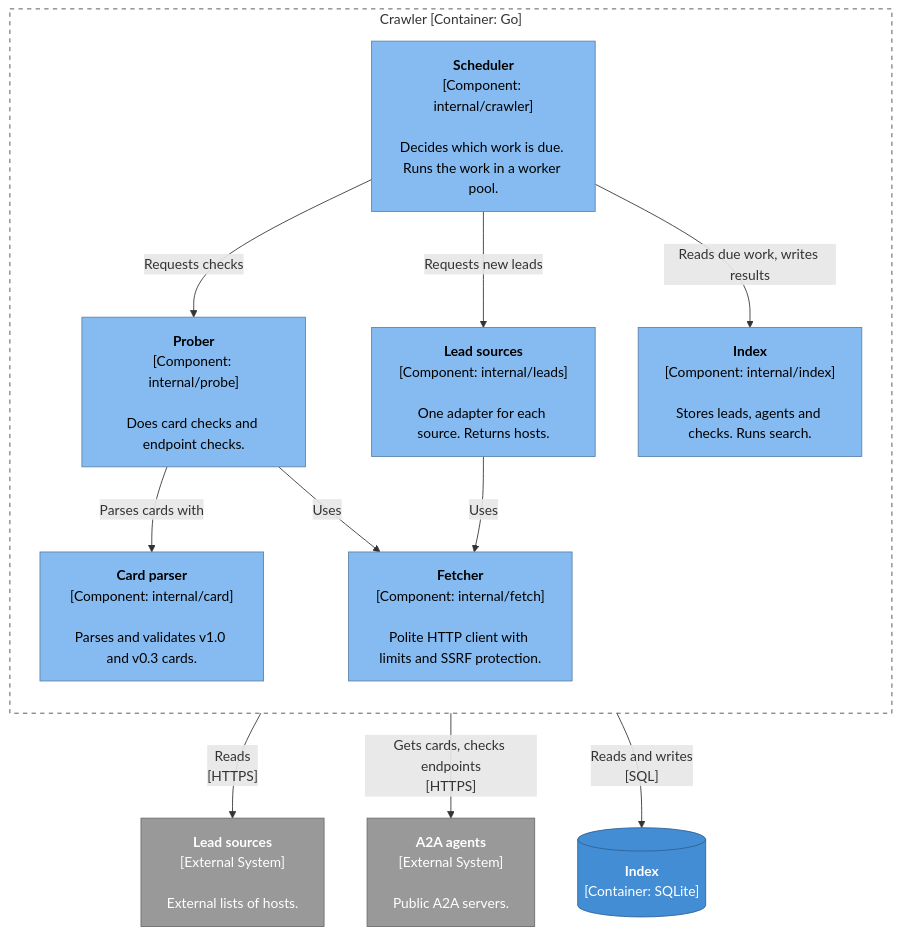
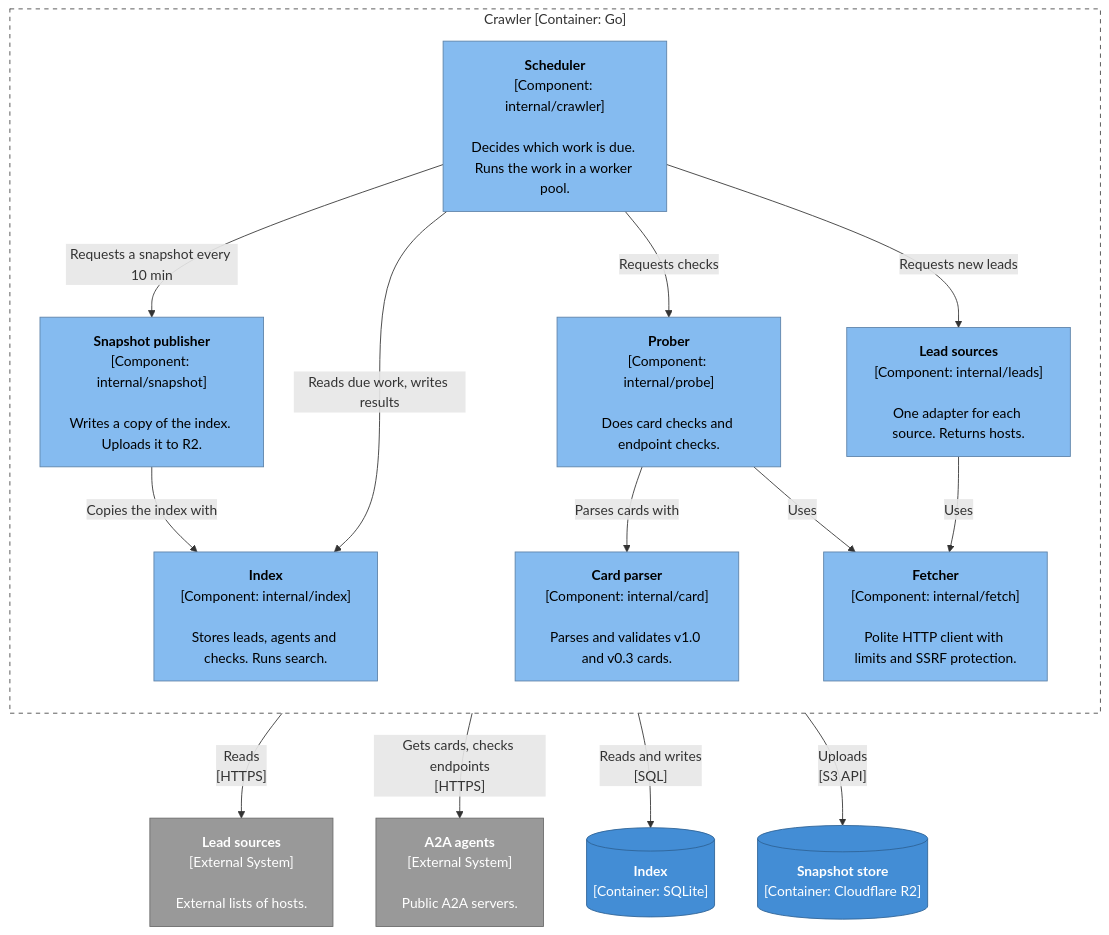
Before and after one commit to sbOogway/openagentindex: the third of 6 diagrams in spec.md, drawn with Mermaid. The commit also changed other lines of this file, not shown here.

````diff
--- a/spec.md
+++ b/spec.md
@@ -114,36 +124,41 @@
 ```mermaid
 flowchart TB
   subgraph crawler["Crawler [Container: Go]"]
     direction TB
   scheduler["<b>Scheduler</b><br/>[Component: internal/crawler]<br/><br/>Decides which work is due. Runs the work in a worker pool."]
   leads["<b>Lead sources</b><br/>[Component: internal/leads]<br/><br/>One adapter for each source. Returns hosts."]
   probe["<b>Prober</b><br/>[Component: internal/probe]<br/><br/>Does card checks and endpoint checks."]
   card["<b>Card parser</b><br/>[Component: internal/card]<br/><br/>Parses and validates v1.0 and v0.3 cards."]
   fetch["<b>Fetcher</b><br/>[Component: internal/fetch]<br/><br/>Polite HTTP client with limits and SSRF protection."]
   index["<b>Index</b><br/>[Component: internal/index]<br/><br/>Stores leads, agents and checks. Runs search."]
+  publisher["<b>Snapshot publisher</b><br/>[Component: internal/snapshot]<br/><br/>Writes a copy of the index. Uploads it to R2."]
   end
 
   db[("<b>Index</b><br/>[Container: SQLite]")]
+  r2[("<b>Snapshot store</b><br/>[Container: Cloudflare R2]")]
   sources["<b>Lead sources</b><br/>[External System]<br/><br/>External lists of hosts."]
   agents["<b>A2A agents</b><br/>[External System]<br/><br/>Public A2A servers."]
 
   scheduler -- "Requests new leads" --> leads
   scheduler -- "Requests checks" --> probe
   scheduler -- "Reads due work, writes results" --> index
+  scheduler -- "Requests a snapshot every 10 min" --> publisher
   probe -- "Parses cards with" --> card
   leads -- "Uses" --> fetch
   probe -- "Uses" --> fetch
   fetch -- "Reads<br/>[HTTPS]" --> sources
   fetch -- "Gets cards, checks endpoints<br/>[HTTPS]" --> agents
   index -- "Reads and writes<br/>[SQL]" --> db
+  publisher -- "Copies the index with" --> index
+  publisher -- "Uploads<br/>[S3 API]" --> r2
 
   classDef person fill:#08427b,stroke:#052e56,color:#fff
   classDef system fill:#1168bd,stroke:#0b4884,color:#fff
   classDef external fill:#999999,stroke:#6b6b6b,color:#fff
   classDef container fill:#438dd5,stroke:#2e6295,color:#fff
   classDef component fill:#85bbf0,stroke:#5d82a8,color:#000
-  class scheduler,leads,probe,card,fetch,index component
-  class db container
+  class scheduler,leads,probe,card,fetch,index,publisher component
+  class db,r2 container
   class sources,agents external
   style crawler fill:none,stroke:#444,stroke-dasharray:5 5
 ```
````
